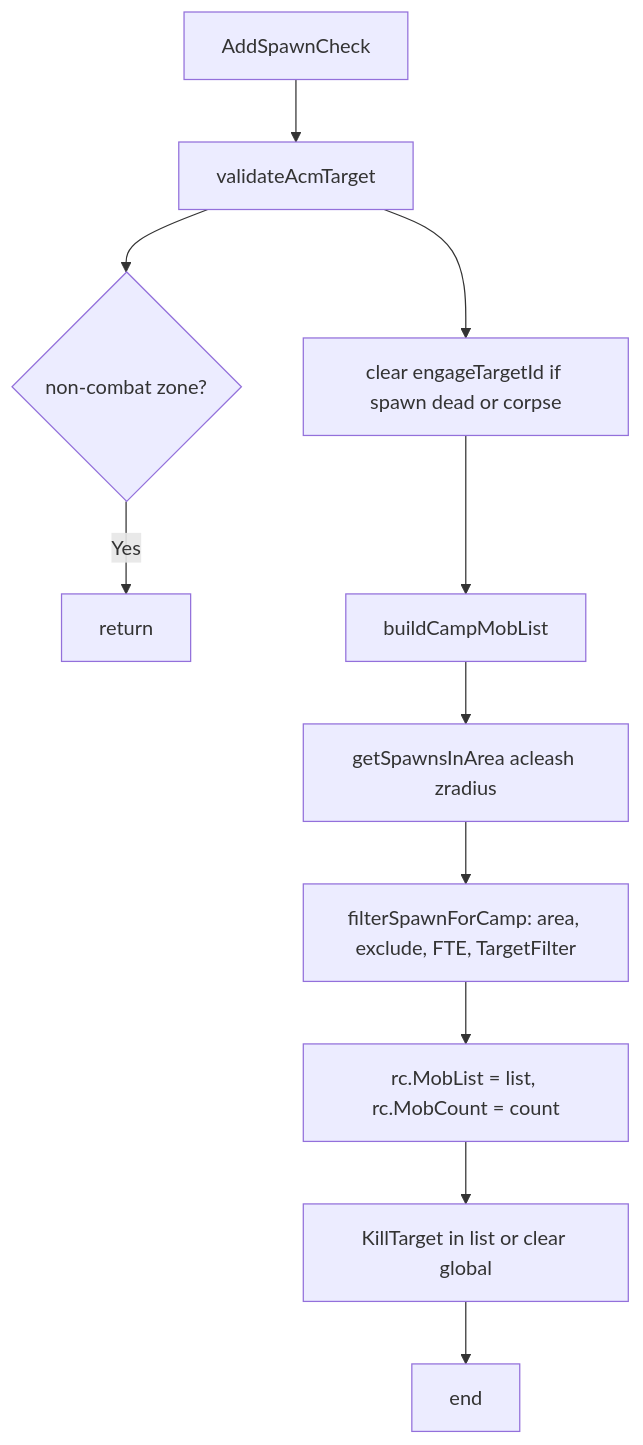
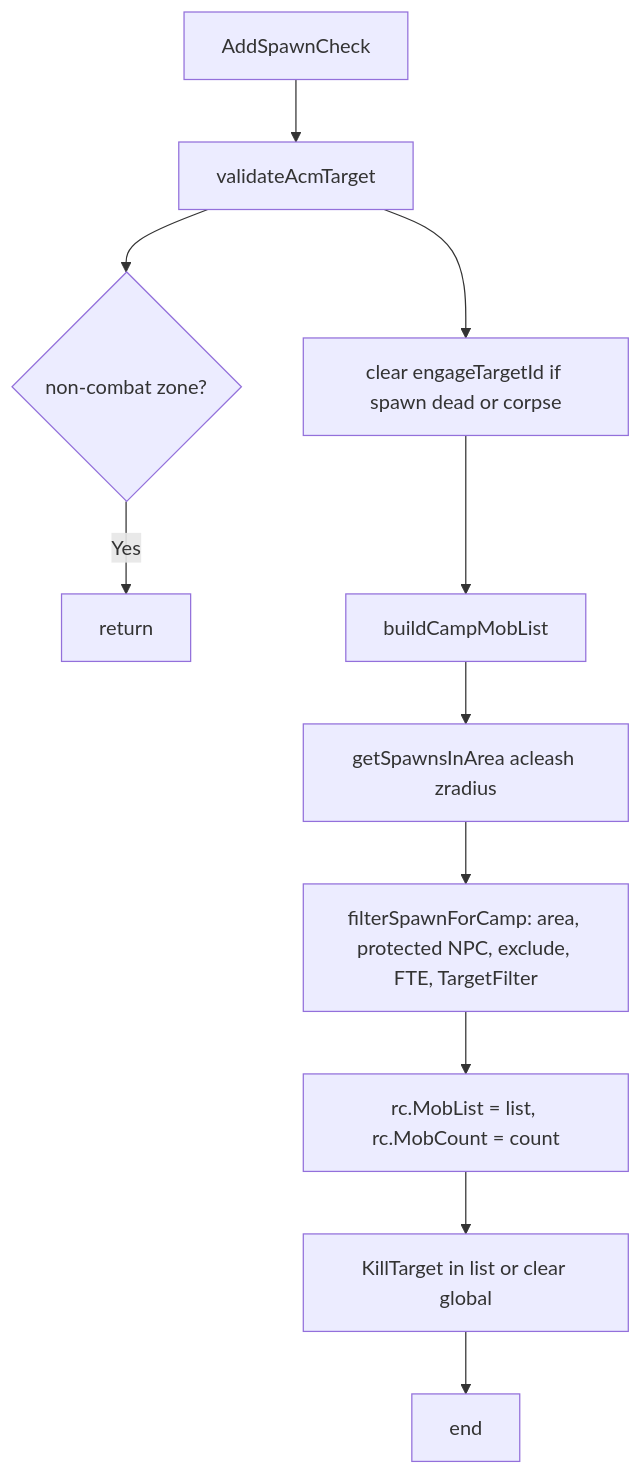
One commit to Cezero/czbot changed the diagram in docs/botlogic/hook-addspawncheck.md. Above: the diagram before and after it, drawn with Mermaid. The commit also changed other lines of this file and 26 other files, not shown here.

````diff
--- a/docs/botlogic/hook-addspawncheck.md
+++ b/docs/botlogic/hook-addspawncheck.md
@@ -8,13 +8,13 @@
 ```mermaid
 flowchart TB
     Start[AddSpawnCheck] --> Validate[validateAcmTarget]
     Validate --> Zone{non-combat zone?}
     Zone -->|Yes| End[return]
     Validate --> Engage[clear engageTargetId if spawn dead or corpse]
     Engage --> Build[buildCampMobList]
     Build --> Filter[getSpawnsInArea acleash zradius]
-    Filter --> CampFilter[filterSpawnForCamp: area, exclude, FTE, TargetFilter]
+    Filter --> CampFilter[filterSpawnForCamp: area, protected NPC, exclude, FTE, TargetFilter]
     CampFilter --> Assign[rc.MobList = list, rc.MobCount = count]
     Assign --> KillTarget[KillTarget in list or clear global]
     KillTarget --> End2[end]
 ```
````
